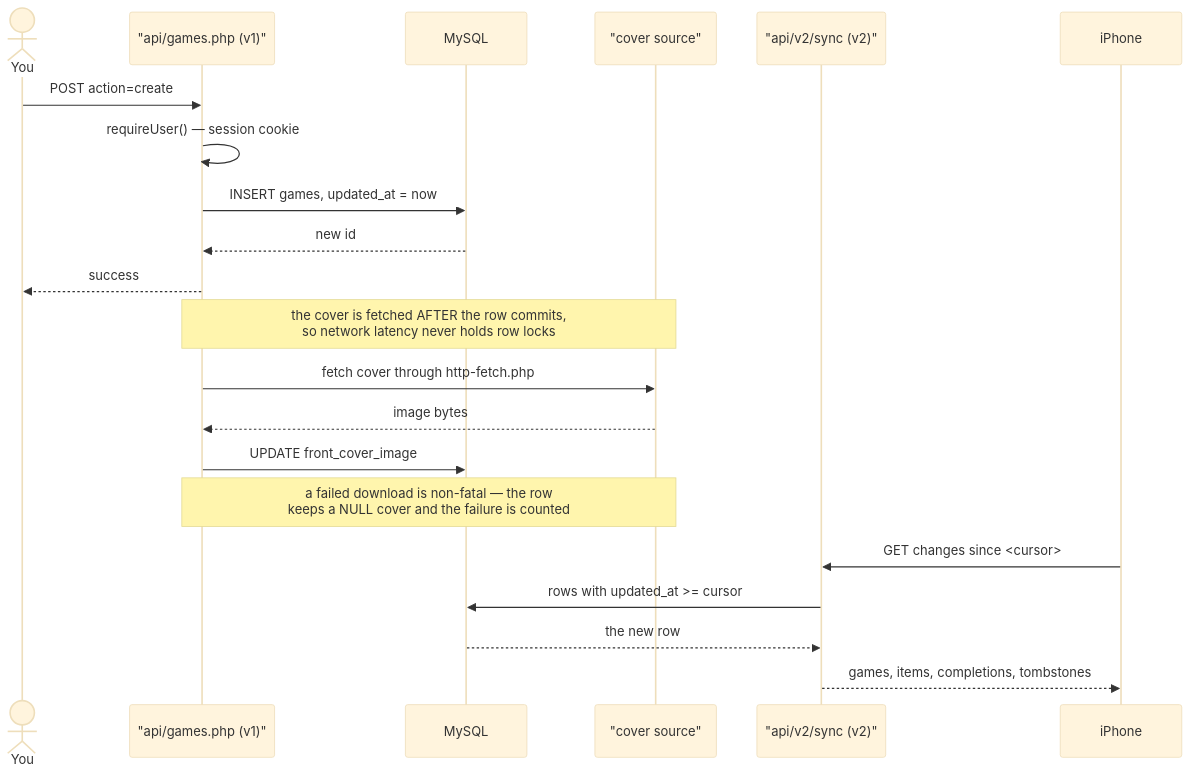
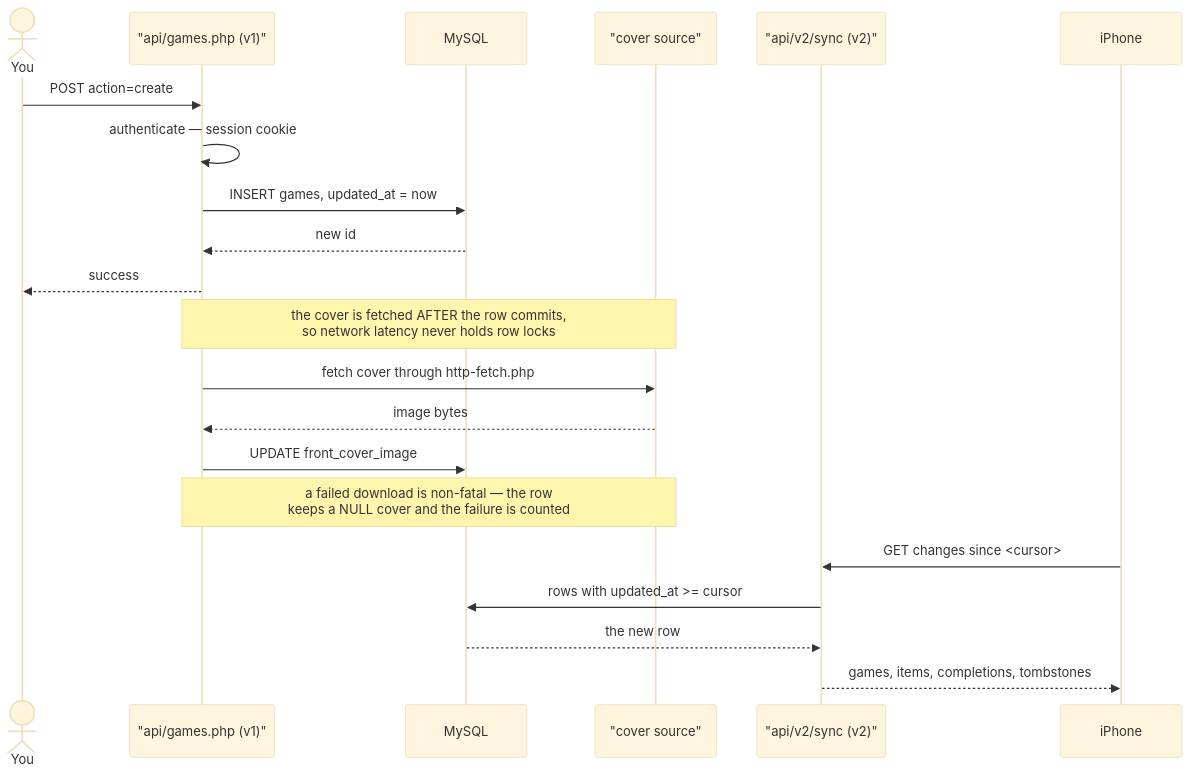
Before and after one commit to CammyBlack02/gameTracker: the second of 2 diagrams in docs/architecture/1-outside.md, drawn with Mermaid (base theme).

Commit message:
docs(architecture): drop bare function name from diagram 2
Replace requireUser() with what it does (authenticate) in the user-journey
sequence diagram. The "no navigation detail" constraint is clarified, not
waived: file paths and class names stay, since they are the structural units
these diagrams are about and paths were already explicitly permitted; bare
function names go, being pure navigation detail and the most rot-prone
content in the set.

The original wording came from the plan/brief verbatim, not from an
implementation choice — this is a content correction, not a rework.

````diff
--- a/docs/architecture/1-outside.md
+++ b/docs/architecture/1-outside.md
@@ -66,26 +66,26 @@
 ```mermaid
 sequenceDiagram
     actor You
     participant Web as "api/games.php (v1)"
     participant DB as MySQL
     participant Net as "cover source"
     participant Sync as "api/v2/sync (v2)"
     participant Phone as iPhone
 
     You->>Web: POST action=create
-    Web->>Web: requireUser() — session cookie
+    Web->>Web: authenticate — session cookie
     Web->>DB: INSERT games, updated_at = now
     DB-->>Web: new id
     Web-->>You: success
 
     Note over Web,Net: the cover is fetched AFTER the row commits,<br/>so network latency never holds row locks
     Web->>Net: fetch cover through http-fetch.php
     Net-->>Web: image bytes
     Web->>DB: UPDATE front_cover_image
     Note over Web,Net: a failed download is non-fatal — the row<br/>keeps a NULL cover and the failure is counted
 
     Phone->>Sync: GET changes since <cursor>
     Sync->>DB: rows with updated_at >= cursor
     DB-->>Sync: the new row
     Sync-->>Phone: games, items, completions, tombstones
 ```
````
